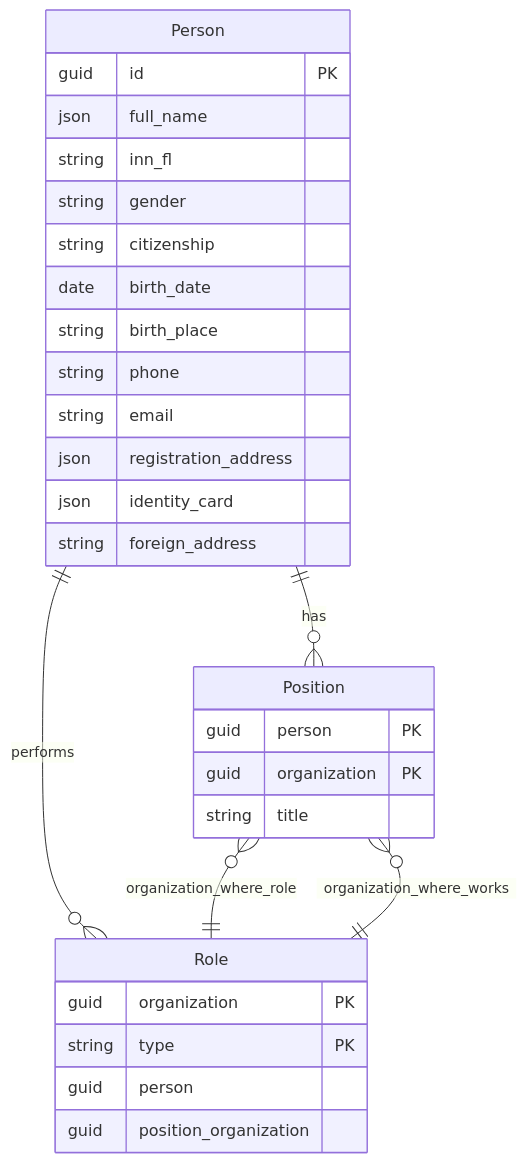
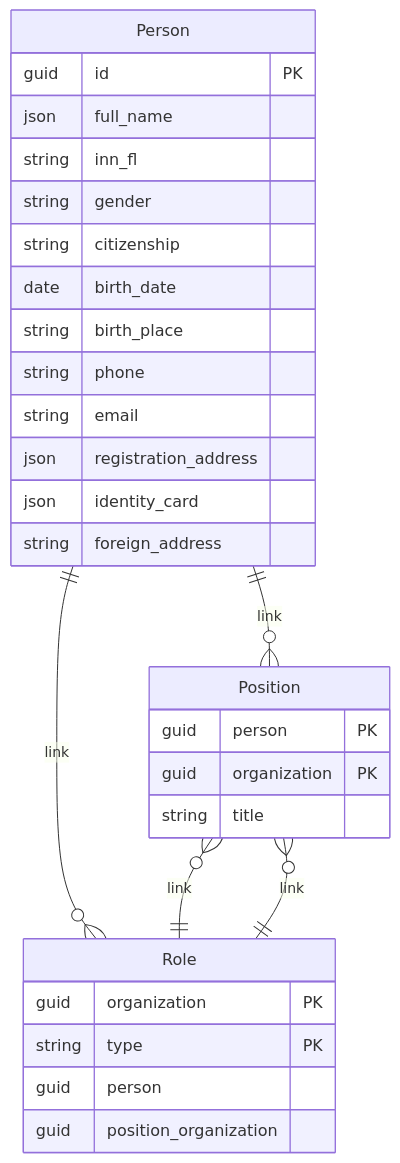
Before and after one commit to nadyaa-k/Employee: the diagram in README.md, drawn with Mermaid. The commit also changed other lines of this file, not shown here.

````diff
--- a/README.md
+++ b/README.md
@@ -135,35 +168,35 @@
 ```mermaid
 erDiagram
     Person {
         guid id PK
         json full_name
         string inn_fl
         string gender
         string citizenship
         date birth_date
         string birth_place
         string phone
         string email
         json registration_address
         json identity_card
         string foreign_address
     }
 
     Position {
         guid person PK
         guid organization PK
         string title
     }
 
     Role {
         guid organization PK
         string type PK
         guid person
         guid position_organization
     }
 
-    Person ||--o{ Position : has
-    Person ||--o{ Role : performs
-    Position }o--|| Role : "organization_where_role"
-    Position }o--|| Role : "organization_where_works"
+    Person ||--o{ Position : "link"
+    Person ||--o{ Role : "link"
+    Position }o--|| Role : "link"
+    Position }o--|| Role : "link"
 ```
````
